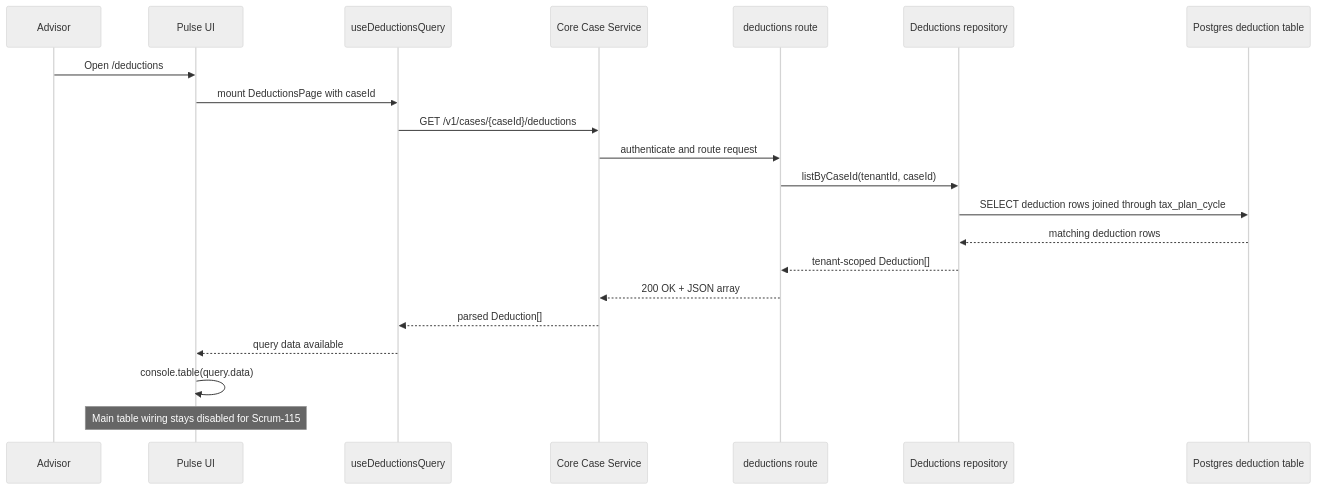
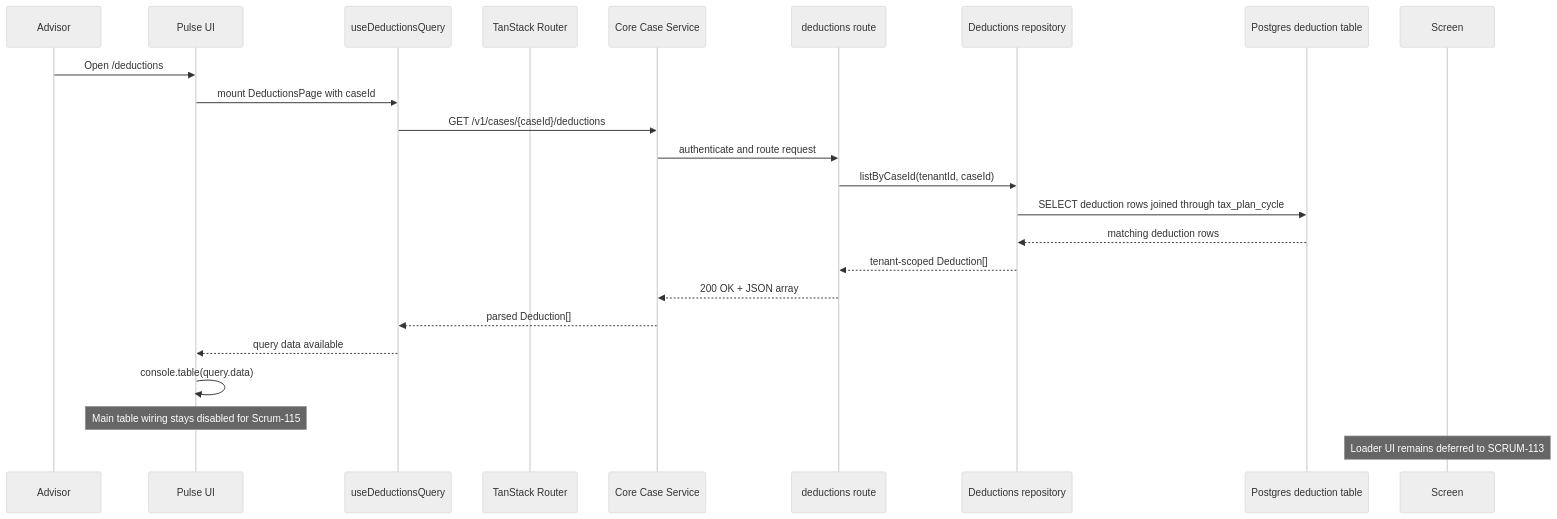
The seventh of 8 diagrams in planning/team/cl-ticket-journal.md (Topher05/tax-pulse-project-1), drawn with Mermaid (neutral theme) before and after one commit. The commit also changed other lines of this file, not shown here.

````diff
--- a/planning/team/cl-ticket-journal.md
+++ b/planning/team/cl-ticket-journal.md
@@ -887,24 +895,26 @@
 ```mermaid
 sequenceDiagram
     participant Advisor
     participant UI as Pulse UI
     participant Query as useDeductionsQuery
+    participant Router as TanStack Router
     participant API as Core Case Service
     participant Route as deductions route
     participant Repo as Deductions repository
     participant DB as Postgres deduction table
 
     Advisor->>UI: Open /deductions
     UI->>Query: mount DeductionsPage with caseId
     Query->>API: GET /v1/cases/{caseId}/deductions
     API->>Route: authenticate and route request
     Route->>Repo: listByCaseId(tenantId, caseId)
     Repo->>DB: SELECT deduction rows joined through tax_plan_cycle
     DB-->>Repo: matching deduction rows
     Repo-->>Route: tenant-scoped Deduction[]
     Route-->>API: 200 OK + JSON array
     API-->>Query: parsed Deduction[]
     Query-->>UI: query data available
     UI->>UI: console.table(query.data)
     Note over UI: Main table wiring stays disabled for Scrum-115
+    Note over Screen: Loader UI remains deferred to SCRUM-113
 ```
````
